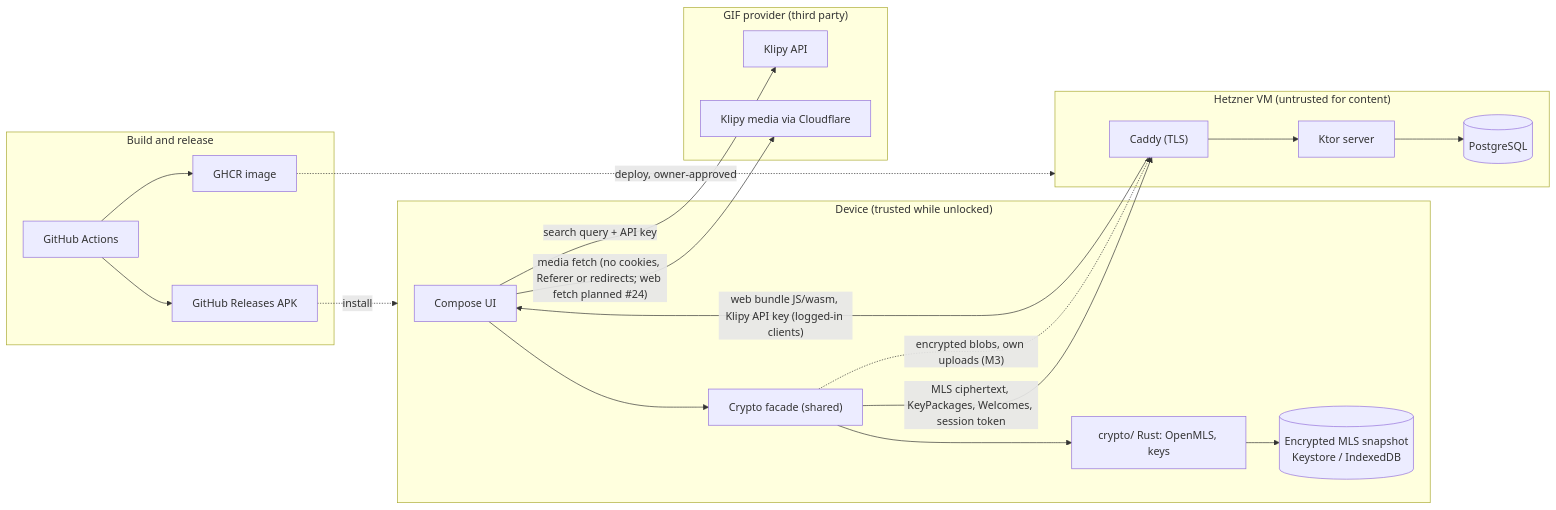
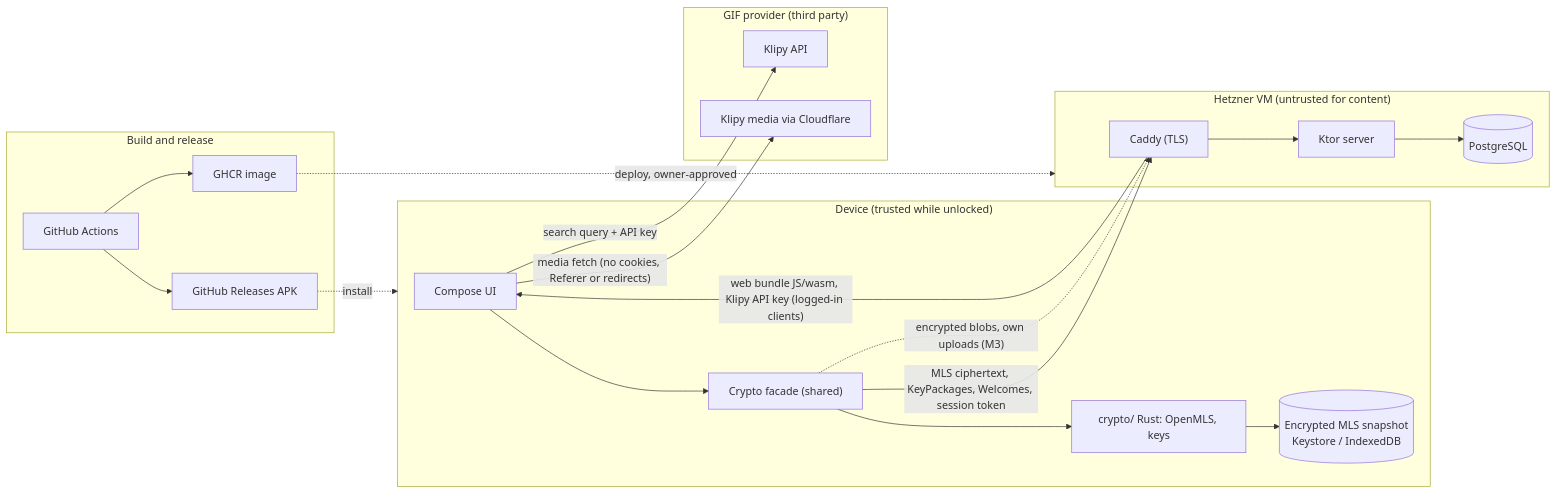
One commit to paul-learning/GifItUp changed the diagram in docs/security/threat-model.md. Above: the diagram before and after it, drawn with Mermaid. The commit also changed 4 other files, not shown here.

First line of the commit message:
feat(shared): web media fetcher with the browser's fetch() and blob URLs (#24, part 4b)

````diff
--- a/docs/security/threat-model.md
+++ b/docs/security/threat-model.md
@@ -15,27 +15,27 @@
 ```mermaid
 flowchart LR
   subgraph DEV["Device (trusted while unlocked)"]
     UI["Compose UI"] --> FAC["Crypto facade (shared)"]
     FAC --> CR["crypto/ Rust: OpenMLS, keys"]
     CR --> ST[("Encrypted MLS snapshot<br/>Keystore / IndexedDB")]
   end
   subgraph VM["Hetzner VM (untrusted for content)"]
     CADDY["Caddy (TLS)"] --> SRV["Ktor server"]
     SRV --> DB[("PostgreSQL")]
   end
   subgraph GIFP["GIF provider (third party)"]
     API["Klipy API"]
     CDN["Klipy media via Cloudflare"]
   end
   subgraph BUILD["Build and release"]
     GH["GitHub Actions"] --> GHCR["GHCR image"]
     GH --> REL["GitHub Releases APK"]
   end
   FAC -- "MLS ciphertext, KeyPackages, Welcomes, session token" --> CADDY
   CADDY -- "web bundle JS/wasm, Klipy API key (logged-in clients)" --> UI
   UI -- "search query + API key" --> API
-  UI -- "media fetch (no cookies, Referer or redirects; web fetch planned #24)" --> CDN
+  UI -- "media fetch (no cookies, Referer or redirects)" --> CDN
   FAC -. "encrypted blobs, own uploads (M3)" .-> CADDY
   GHCR -. "deploy, owner-approved" .-> VM
   REL -. "install" .-> DEV
 ```
````
